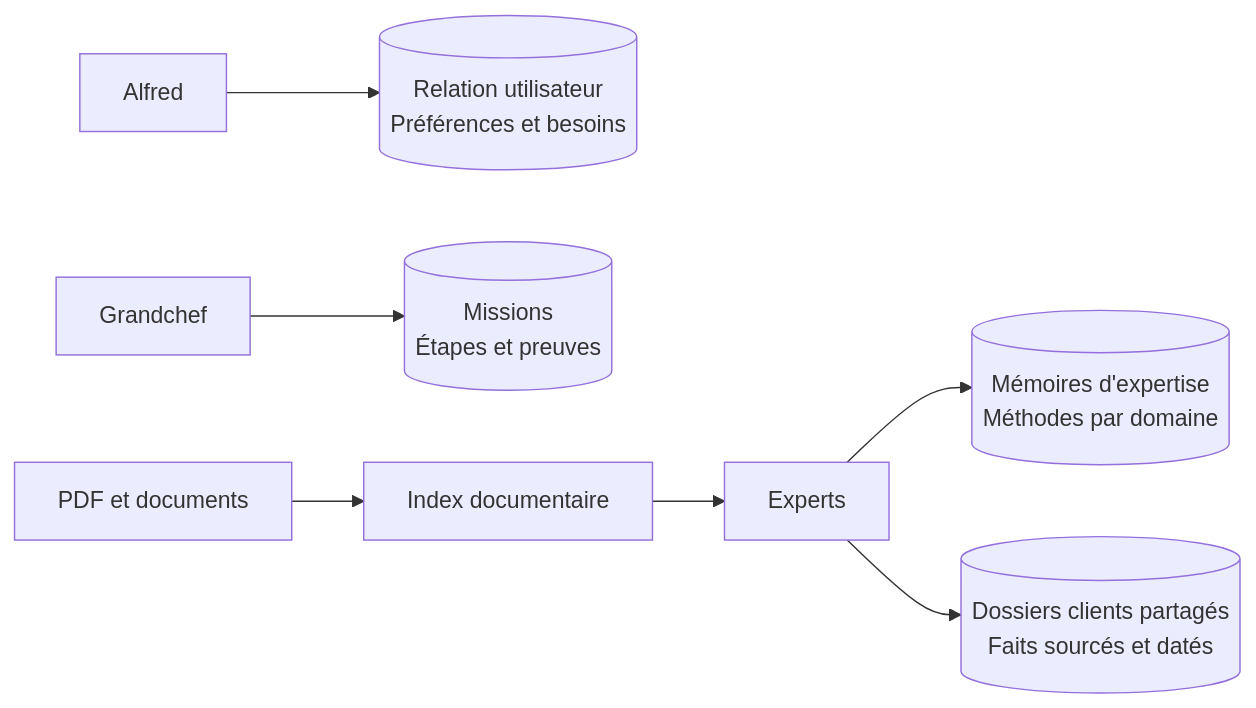
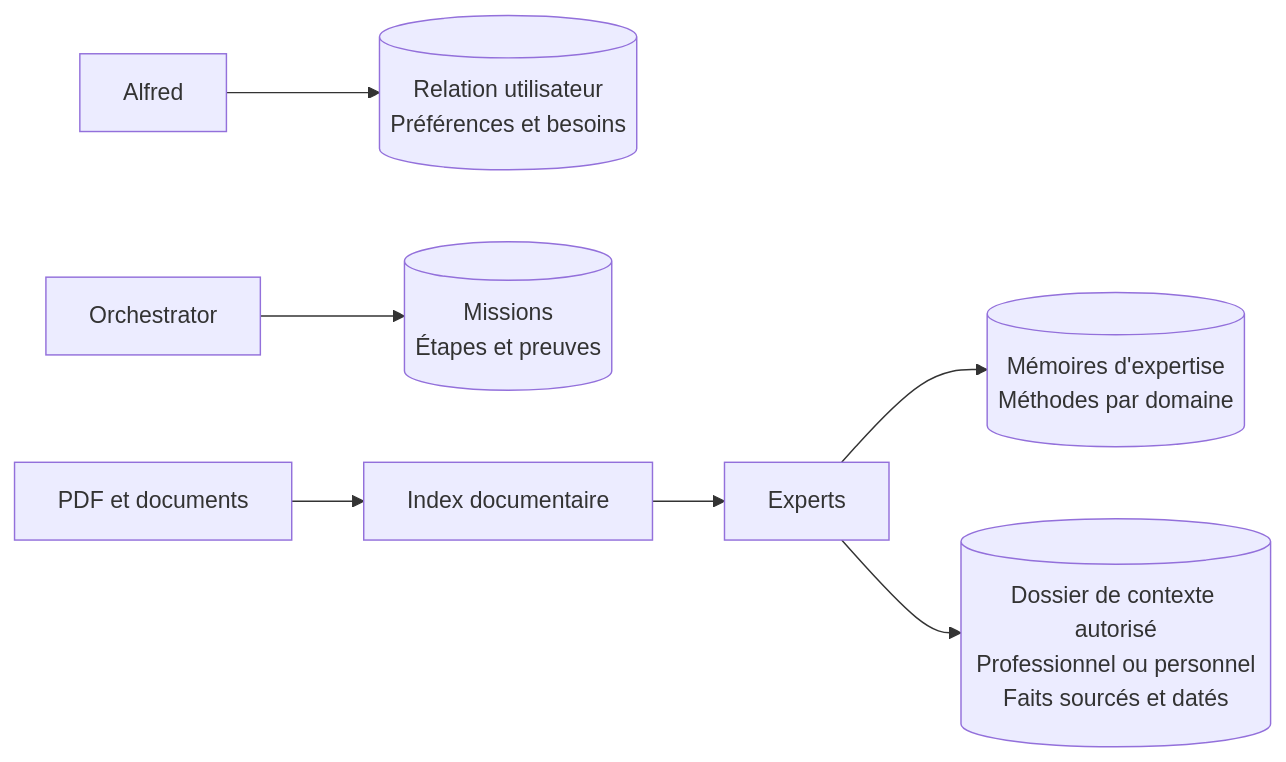
Before and after one commit to nicolastheuil/project-alfred: the third of 5 diagrams in docs/guide-illustre.md, drawn with Mermaid. The commit also changed other lines of this file and 11 other files, not shown here.

````diff
--- a/docs/guide-illustre.md
+++ b/docs/guide-illustre.md
@@ -64,9 +60,9 @@
 ```mermaid
 flowchart LR
     A[Alfred] --> U[(Relation utilisateur<br/>Préférences et besoins)]
     E[Experts] --> T[(Mémoires d'expertise<br/>Méthodes par domaine)]
-    E --> C[(Dossiers clients partagés<br/>Faits sourcés et datés)]
-    G[Grandchef] --> K[(Missions<br/>Étapes et preuves)]
+    E --> C[(Dossier de contexte autorisé<br/>Professionnel ou personnel<br/>Faits sourcés et datés)]
+    G[Orchestrator] --> K[(Missions<br/>Étapes et preuves)]
     P[PDF et documents] --> I[Index documentaire]
     I --> E
 ```
````
